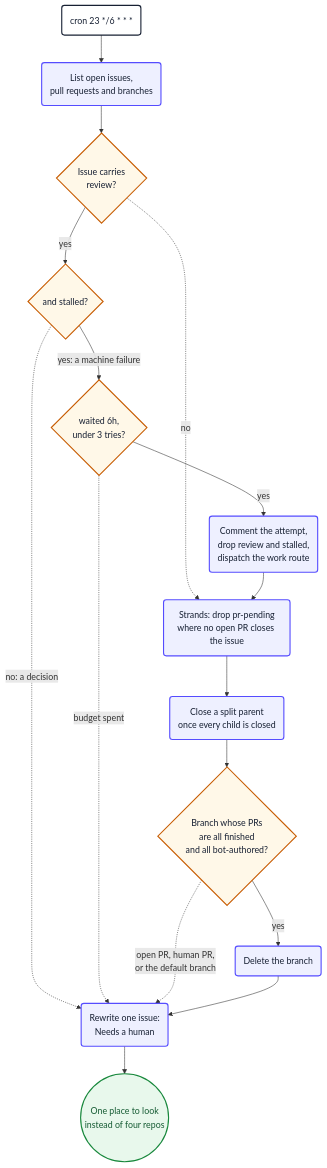
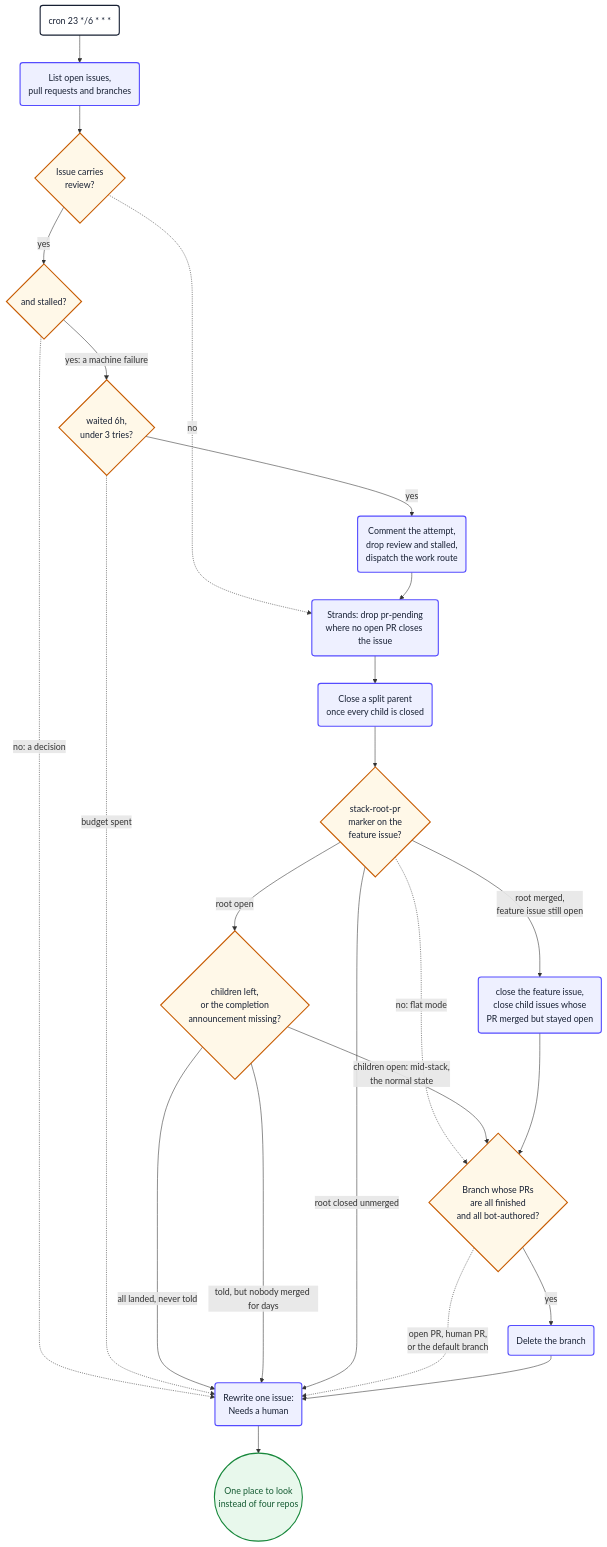
One commit to PlainConceptsPlatform/agentic-workflows changed diagram 11 of 13 in docs/diagrams.md. Above: the diagram before and after it, drawn with Mermaid. The commit also changed other lines of this file and 16 other files, not shown here.

````diff
--- a/docs/diagrams.md
+++ b/docs/diagrams.md
@@ -455,29 +515,38 @@
 ```mermaid
 flowchart TB
     hkCron("cron 23 */6 * * *") --> hkScan("List open issues,<br/>pull requests and branches")
     hkScan --> hkPark{"Issue carries<br/>review?"}
     hkPark -.->|no| hkStrand
     hkPark -->|yes| hkWhy{"and stalled?"}
     hkWhy -.->|"no: a decision"| hkDigest
     hkWhy -->|"yes: a machine failure"| hkBudget{"waited 6h,<br/>under 3 tries?"}
     hkBudget -.->|"budget spent"| hkDigest
     hkBudget -->|yes| hkRetry("Comment the attempt,<br/>drop review and stalled,<br/>dispatch the work route")
     hkRetry --> hkStrand
 
     hkStrand("Strands: drop pr-pending<br/>where no open PR closes the issue") --> hkParent("Close a split parent<br/>once every child is closed")
-    hkParent --> hkBranch{"Branch whose PRs<br/>are all finished<br/>and all bot-authored?"}
+    hkParent --> hkStack{"stack-root-pr<br/>marker on the<br/>feature issue?"}
+    hkStack -.->|"no: flat mode"| hkBranch
+    hkStack -->|"root open"| hkStackWait{"children left,<br/>or the completion<br/>announcement missing?"}
+    hkStackWait -->|"children open: mid-stack,<br/>the normal state"| hkBranch
+    hkStackWait -->|"all landed, never told"| hkDigest
+    hkStackWait -->|"told, but nobody merged for days"| hkDigest
+    hkStack -->|"root merged,<br/>feature issue still open"| hkStackClose("close the feature issue,<br/>close child issues whose<br/>PR merged but stayed open")
+    hkStack -->|"root closed unmerged"| hkDigest
+    hkStackClose --> hkBranch
+    hkBranch{"Branch whose PRs<br/>are all finished<br/>and all bot-authored?"}
     hkBranch -->|yes| hkDelete("Delete the branch")
     hkBranch -.->|"open PR, human PR,<br/>or the default branch"| hkDigest
     hkDelete --> hkDigest
     hkDigest("Rewrite one issue:<br/>Needs a human") --> hkEnd
     hkEnd(("One place to look<br/>instead of four repos"))
 
     classDef start fill:#ffffff,stroke:#172033,stroke-width:2px,color:#172033
     classDef action fill:#eef0ff,stroke:#554cff,stroke-width:2px,color:#172033
     classDef decision fill:#fff8e8,stroke:#c75b00,stroke-width:2px,color:#172033
     classDef success fill:#e8f8ec,stroke:#18883c,stroke-width:2px,color:#145a32
     class hkCron start
-    class hkScan,hkRetry,hkStrand,hkParent,hkDelete,hkDigest action
-    class hkPark,hkWhy,hkBudget,hkBranch decision
+    class hkScan,hkRetry,hkStrand,hkParent,hkDelete,hkDigest,hkStackClose action
+    class hkPark,hkWhy,hkBudget,hkBranch,hkStack,hkStackWait decision
     class hkEnd success
 ```
````
